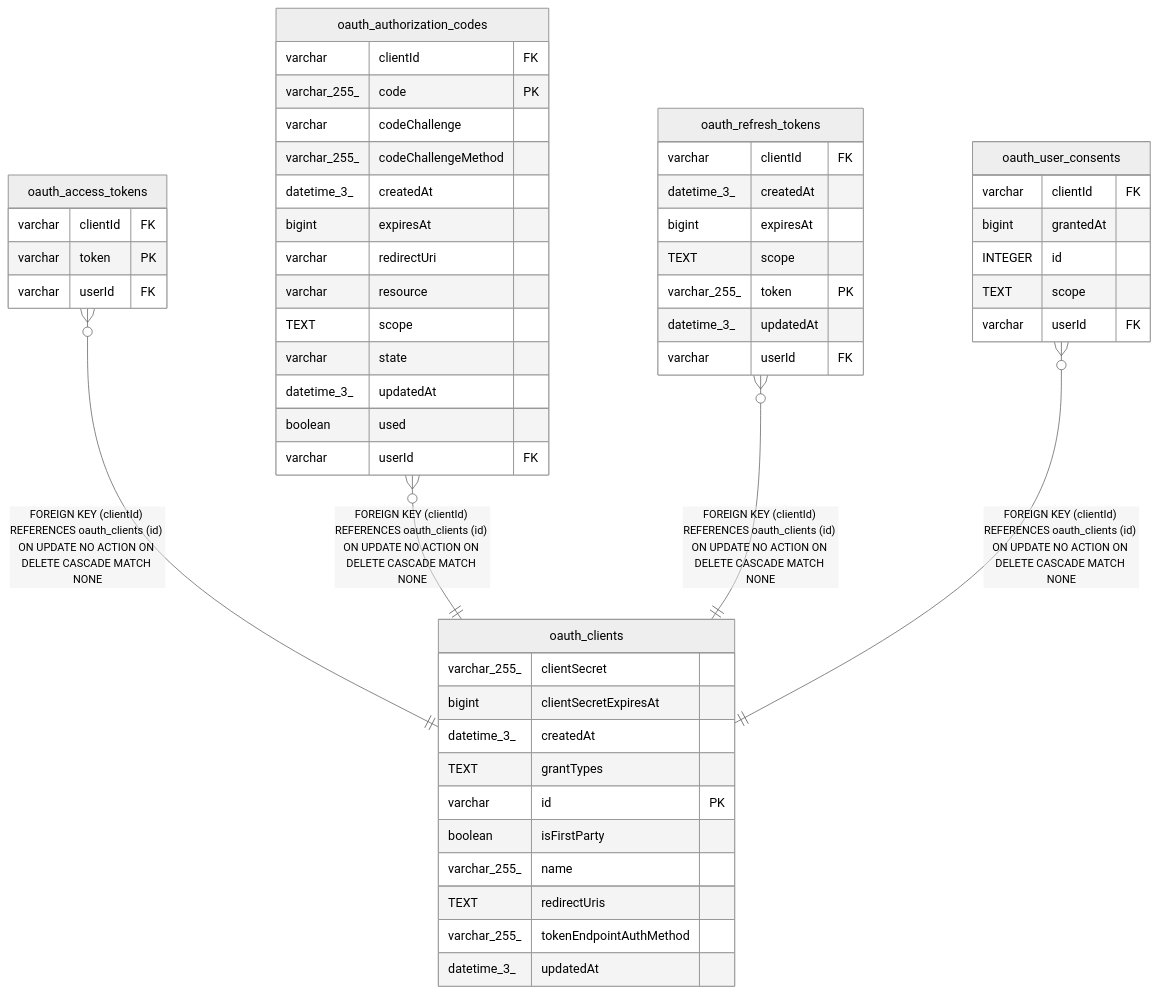
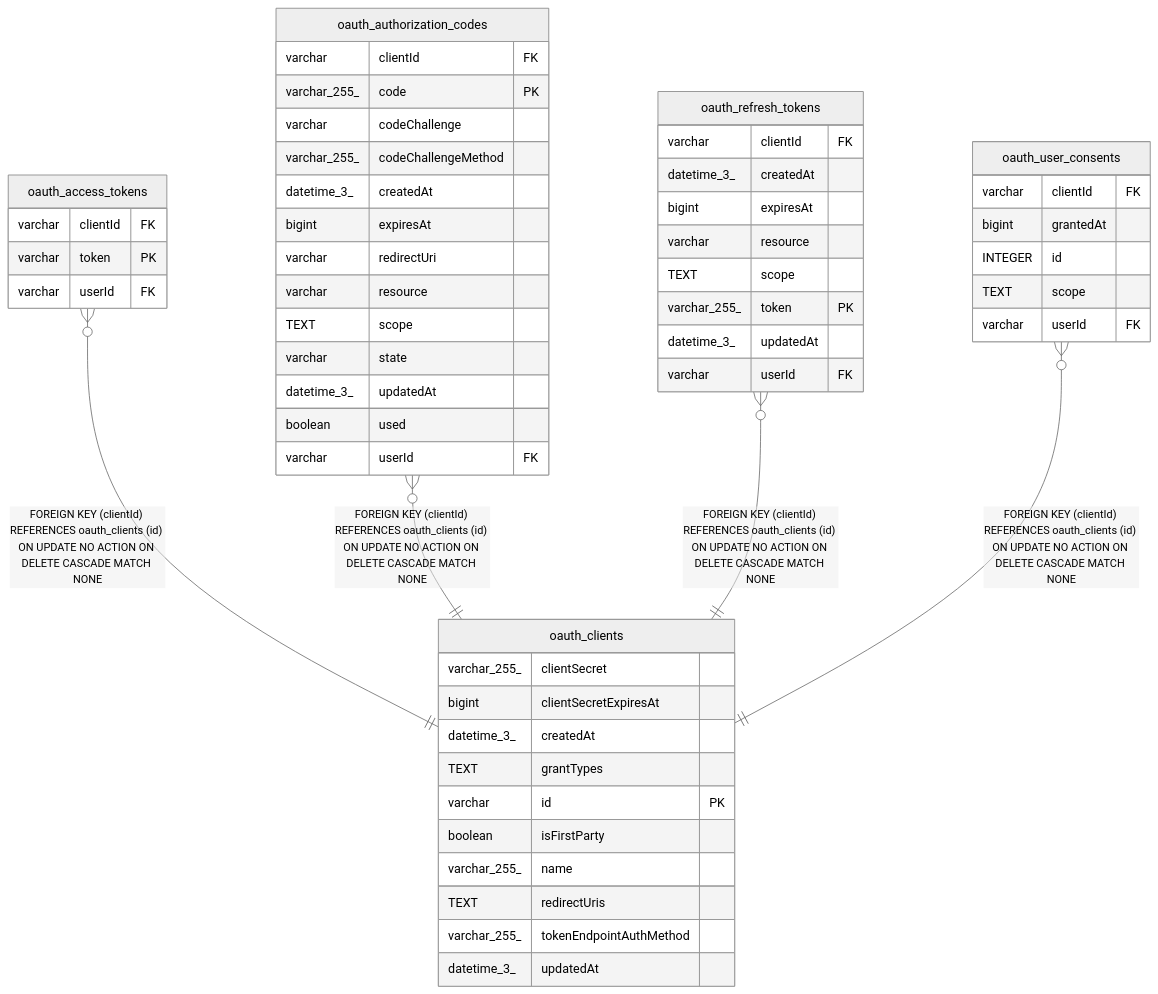
Before and after one commit to RukshanAmodya/Aethera: the diagram in docs/generated/sqlite-schema/oauth_clients.md, drawn with Mermaid (neutral theme). The commit also changed 1982 other files, not shown here.

````diff
--- a/docs/generated/sqlite-schema/oauth_clients.md
+++ b/docs/generated/sqlite-schema/oauth_clients.md
@@ -44,57 +44,58 @@
 ```mermaid
 erDiagram
 
 "oauth_access_tokens" }o--|| "oauth_clients" : "FOREIGN KEY (clientId) REFERENCES oauth_clients (id) ON UPDATE NO ACTION ON DELETE CASCADE MATCH NONE"
 "oauth_authorization_codes" }o--|| "oauth_clients" : "FOREIGN KEY (clientId) REFERENCES oauth_clients (id) ON UPDATE NO ACTION ON DELETE CASCADE MATCH NONE"
 "oauth_refresh_tokens" }o--|| "oauth_clients" : "FOREIGN KEY (clientId) REFERENCES oauth_clients (id) ON UPDATE NO ACTION ON DELETE CASCADE MATCH NONE"
 "oauth_user_consents" }o--|| "oauth_clients" : "FOREIGN KEY (clientId) REFERENCES oauth_clients (id) ON UPDATE NO ACTION ON DELETE CASCADE MATCH NONE"
 
 "oauth_clients" {
   varchar_255_ clientSecret
   bigint clientSecretExpiresAt
   datetime_3_ createdAt
   TEXT grantTypes
   varchar id PK
   boolean isFirstParty
   varchar_255_ name
   TEXT redirectUris
   varchar_255_ tokenEndpointAuthMethod
   datetime_3_ updatedAt
 }
 "oauth_access_tokens" {
   varchar clientId FK
   varchar token PK
   varchar userId FK
 }
 "oauth_authorization_codes" {
   varchar clientId FK
   varchar_255_ code PK
   varchar codeChallenge
   varchar_255_ codeChallengeMethod
   datetime_3_ createdAt
   bigint expiresAt
   varchar redirectUri
   varchar resource
   TEXT scope
   varchar state
   datetime_3_ updatedAt
   boolean used
   varchar userId FK
 }
 "oauth_refresh_tokens" {
   varchar clientId FK
   datetime_3_ createdAt
   bigint expiresAt
+  varchar resource
   TEXT scope
   varchar_255_ token PK
   datetime_3_ updatedAt
   varchar userId FK
 }
 "oauth_user_consents" {
   varchar clientId FK
   bigint grantedAt
   INTEGER id
   TEXT scope
   varchar userId FK
 }
 ```
````
